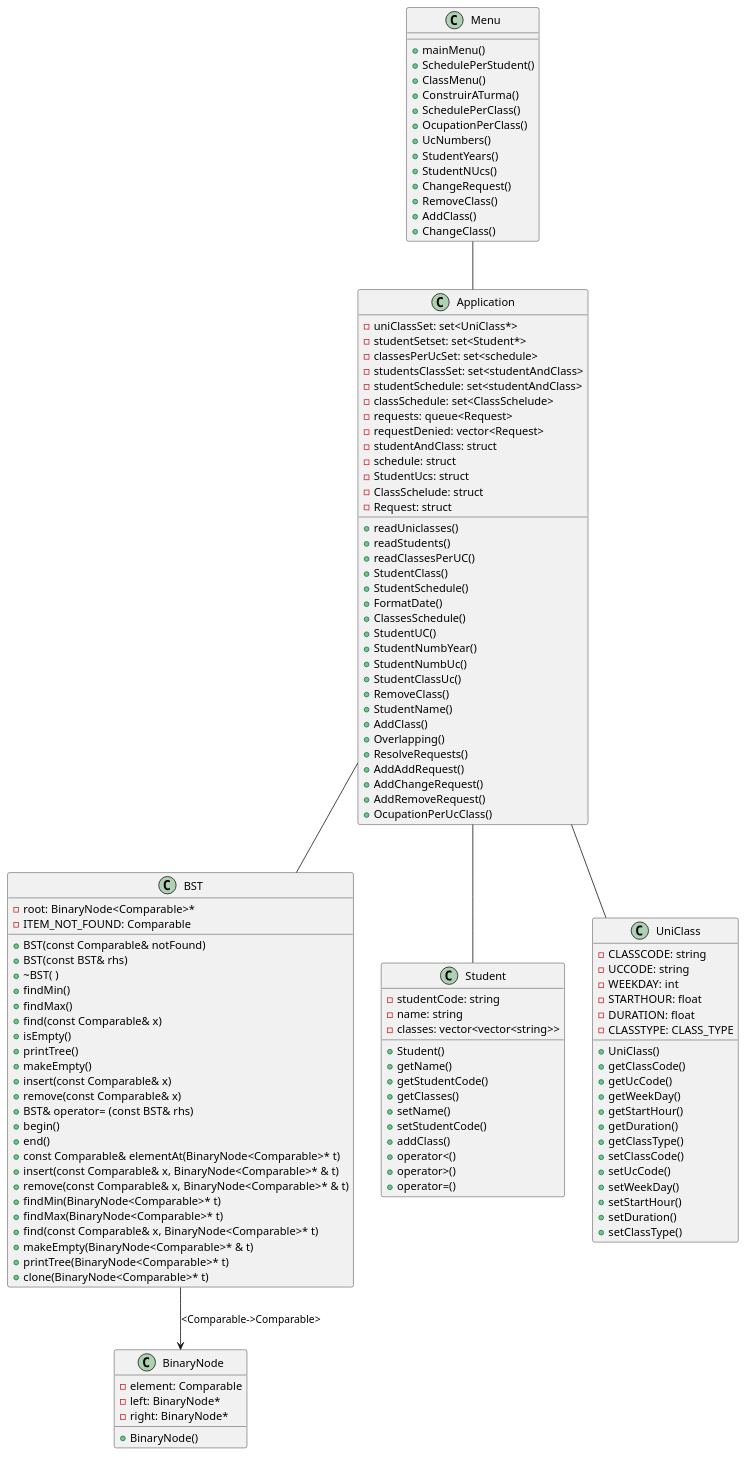
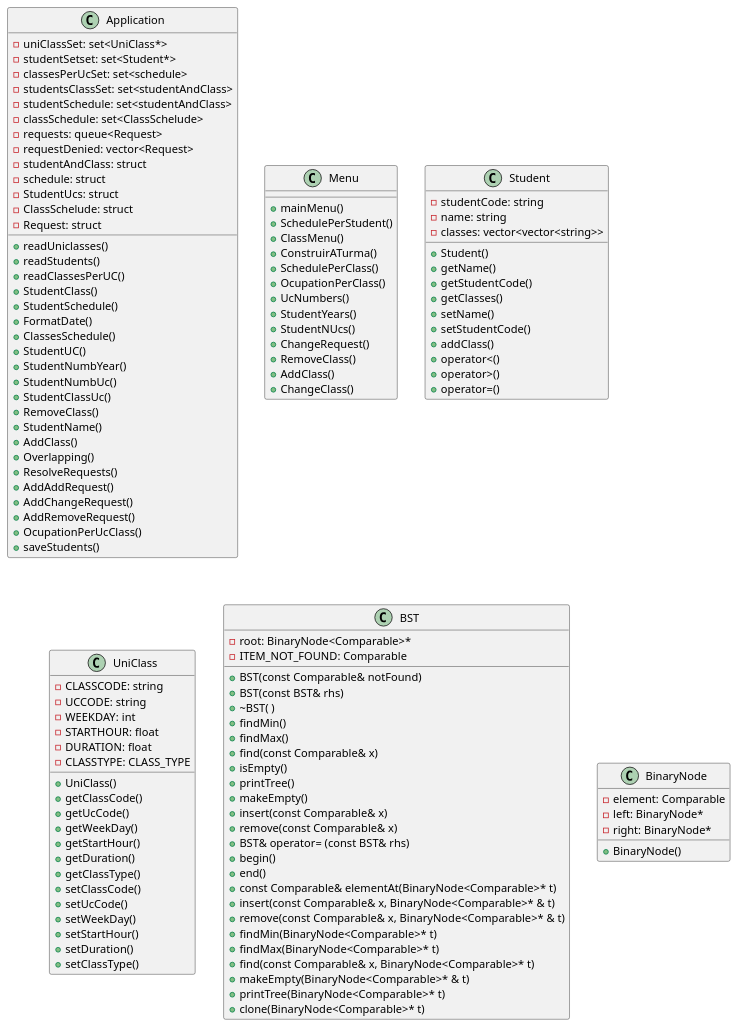
The diagram in docs/classDiagram/ClassDiagram.puml (domingosneto03/Homepage), drawn with PlantUML before and after one commit. The commit also changed 3 other files, not shown here.

```diff
--- a/docs/classDiagram/ClassDiagram.puml
+++ b/docs/classDiagram/ClassDiagram.puml
@@ -1,135 +1,130 @@
 @startuml
 'https://plantuml.com/class-diagram
-
-Menu -- Application
-BST --> BinaryNode: <Comparable->Comparable>
-Application -- BST
-Application -- Student
-Application -- UniClass
 
 
 class Application {
     - uniClassSet: set<UniClass*>
     - studentSetset: set<Student*>
     - classesPerUcSet: set<schedule>
     - studentsClassSet: set<studentAndClass>
     - studentSchedule: set<studentAndClass>
     - classSchedule: set<ClassSchelude>
     - requests: queue<Request>
     - requestDenied: vector<Request>
     - studentAndClass: struct
     - schedule: struct
     - StudentUcs: struct
     - ClassSchelude: struct
     - Request: struct
     + readUniclasses()
     + readStudents()
     + readClassesPerUC()
     + StudentClass()
     + StudentSchedule()
     + FormatDate()
     + ClassesSchedule()
     + StudentUC()
     + StudentNumbYear()
     + StudentNumbUc()
     + StudentClassUc()
     + RemoveClass()
     + StudentName()
     + AddClass()
     + Overlapping()
     + ResolveRequests()
     + AddAddRequest()
     + AddChangeRequest()
     + AddRemoveRequest()
     + OcupationPerUcClass()
+    + saveStudents()
 }
 
 class Menu {
     + mainMenu()
     + SchedulePerStudent()
     + ClassMenu()
     + ConstruirATurma()
     + SchedulePerClass()
     + OcupationPerClass()
     + UcNumbers()
     + StudentYears()
     + StudentNUcs()
     + ChangeRequest()
     + RemoveClass()
     + AddClass()
     + ChangeClass()
 }
 
 class Student {
     - studentCode: string
     - name: string
     - classes: vector<vector<string>>
     + Student()
     + getName()
     + getStudentCode()
     + getClasses()
     + setName()
     + setStudentCode()
     + addClass()
     + operator<()
     + operator>()
     + operator=()
 }
 
 class UniClass {
     - CLASSCODE: string
     - UCCODE: string
     - WEEKDAY: int
     - STARTHOUR: float
     - DURATION: float
     - CLASSTYPE: CLASS_TYPE
     + UniClass()
     + getClassCode()
     + getUcCode()
     + getWeekDay()
     + getStartHour()
     + getDuration()
     + getClassType()
     + setClassCode()
     + setUcCode()
     + setWeekDay()
     + setStartHour()
     + setDuration()
     + setClassType()
 }
 
 class BST {
     - root: BinaryNode<Comparable>*
     - ITEM_NOT_FOUND: Comparable
     + BST(const Comparable& notFound)
     + BST(const BST& rhs)
     + ~BST( )
     + findMin()
     + findMax()
     + find(const Comparable& x)
     + isEmpty()
     + printTree()
     + makeEmpty()
     + insert(const Comparable& x)
     + remove(const Comparable& x)
     + BST& operator= (const BST& rhs)
     + begin()
     + end()
     + const Comparable& elementAt(BinaryNode<Comparable>* t)
     + insert(const Comparable& x, BinaryNode<Comparable>* & t)
     + remove(const Comparable& x, BinaryNode<Comparable>* & t)
     + findMin(BinaryNode<Comparable>* t)
     + findMax(BinaryNode<Comparable>* t)
     + find(const Comparable& x, BinaryNode<Comparable>* t)
     + makeEmpty(BinaryNode<Comparable>* & t)
     + printTree(BinaryNode<Comparable>* t)
     + clone(BinaryNode<Comparable>* t)
 }
 
 class BinaryNode {
     - element: Comparable
     - left: BinaryNode*
     - right: BinaryNode*
     + BinaryNode()
 }
 @enduml
```
